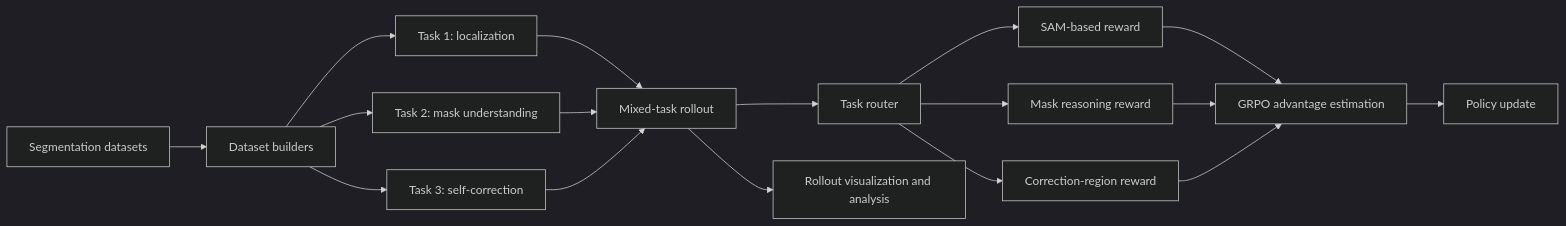
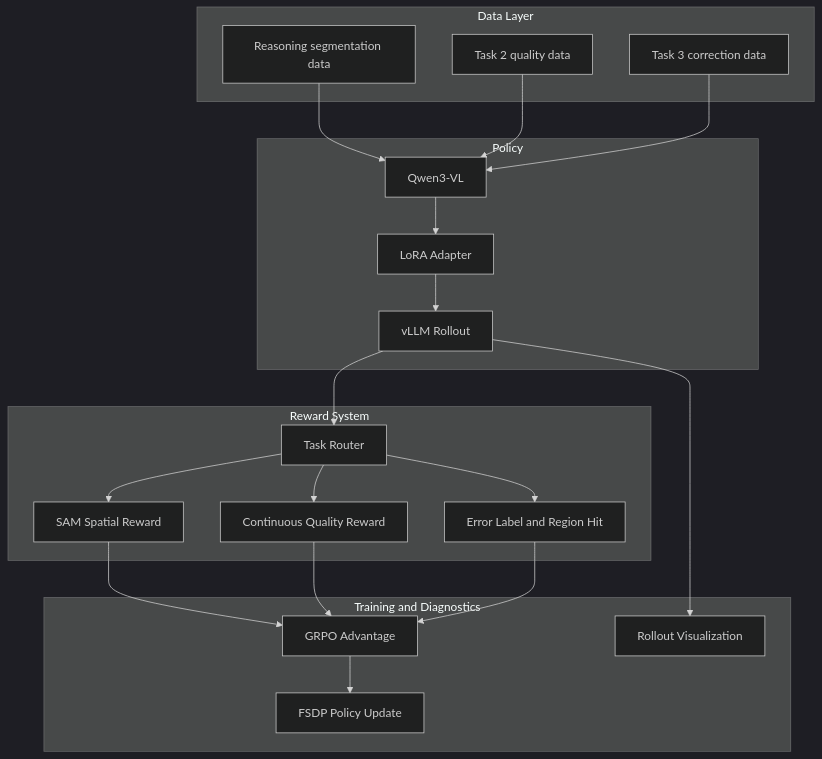
Before and after one commit to Gakia457/AgenticSeg-RL: the second of 2 diagrams in README.md, drawn with Mermaid (dark theme). The commit also changed other lines of this file and 8 other files, not shown here.

````diff
--- a/README.md
+++ b/README.md
@@ -18,19 +184,41 @@
 ```mermaid
-flowchart LR
-    A[Segmentation datasets] --> B[Dataset builders]
-    B --> C1[Task 1: localization]
-    B --> C2[Task 2: mask understanding]
-    B --> C3[Task 3: self-correction]
-    C1 --> D[Mixed-task rollout]
-    C2 --> D
-    C3 --> D
-    D --> E[Task router]
-    E --> F1[SAM-based reward]
-    E --> F2[Mask reasoning reward]
-    E --> F3[Correction-region reward]
-    F1 --> G[GRPO advantage estimation]
-    F2 --> G
-    F3 --> G
-    G --> H[Policy update]
-    D --> I[Rollout visualization and analysis]
+flowchart TB
+    subgraph Data[Data Layer]
+        D1[Reasoning segmentation data]
+        D2[Task 2 quality data]
+        D3[Task 3 correction data]
+    end
+
+    subgraph Policy[Policy]
+        P1[Qwen3-VL]
+        P2[LoRA Adapter]
+        P3[vLLM Rollout]
+    end
+
+    subgraph Reward[Reward System]
+        R0[Task Router]
+        R1[SAM Spatial Reward]
+        R2[Continuous Quality Reward]
+        R3[Error Label and Region Hit]
+    end
+
+    subgraph Train[Training and Diagnostics]
+        T1[GRPO Advantage]
+        T2[FSDP Policy Update]
+        T3[Rollout Visualization]
+    end
+
+    D1 --> P1
+    D2 --> P1
+    D3 --> P1
+    P1 --> P2 --> P3
+    P3 --> R0
+    R0 --> R1
+    R0 --> R2
+    R0 --> R3
+    R1 --> T1
+    R2 --> T1
+    R3 --> T1
+    T1 --> T2
+    P3 --> T3
 ```
````
